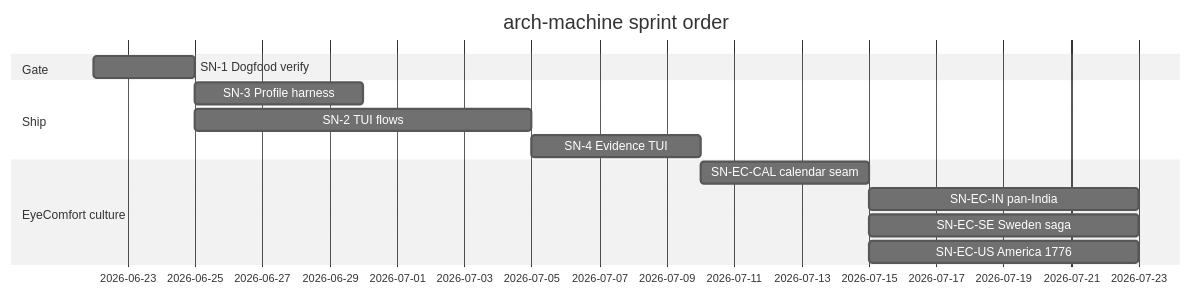
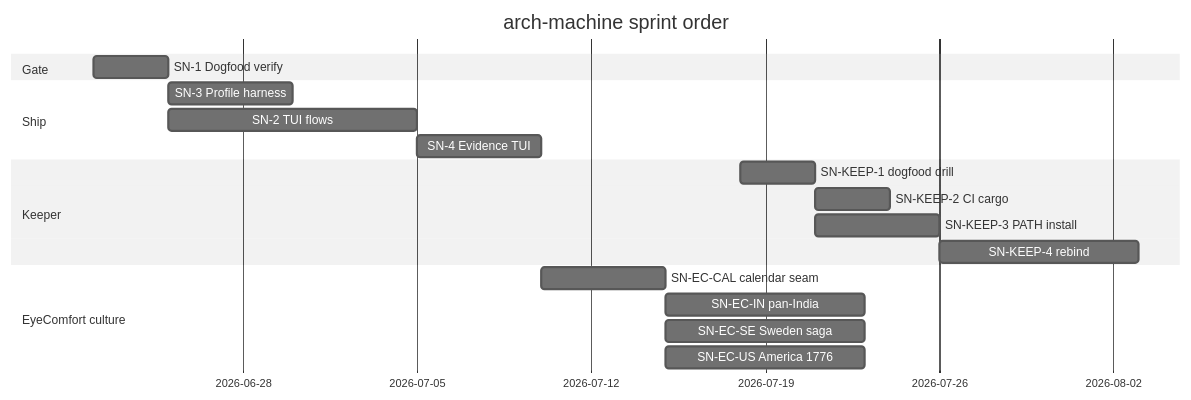
Before and after one commit to p10ns11y/arch-machine: the sixth of 6 diagrams in arch-design/coming-next.md, drawn with Mermaid (neutral theme). The commit also changed other lines of this file and 4 other files, not shown here.

First line of the commit message:
docs(arch-design): stellar-roadmap keeper architecture + SN-KEEP backlog

````diff
--- a/arch-design/coming-next.md
+++ b/arch-design/coming-next.md
@@ -232,16 +263,21 @@
 ```mermaid
 gantt
   title arch-machine sprint order
   dateFormat YYYY-MM-DD
   section Gate
   SN-1 Dogfood verify     :sn1, 2026-06-22, 3d
   section Ship
   SN-3 Profile harness    :sn3, after sn1, 5d
   SN-2 TUI flows          :sn2, after sn1, 10d
   SN-4 Evidence TUI       :sn4, after sn2, 5d
+  section Keeper
+  SN-KEEP-1 dogfood drill :k1, 2026-07-18, 3d
+  SN-KEEP-2 CI cargo      :k2, after k1, 3d
+  SN-KEEP-3 PATH install  :k3, after k1, 5d
+  SN-KEEP-4 rebind        :k4, after k3, 8d
   section EyeComfort culture
   SN-EC-CAL calendar seam :eccal, after sn4, 5d
   SN-EC-IN pan-India      :ecin, after eccal, 8d
   SN-EC-SE Sweden saga    :ecse, after eccal, 8d
   SN-EC-US America 1776   :ecus, after eccal, 8d
 ```
````
